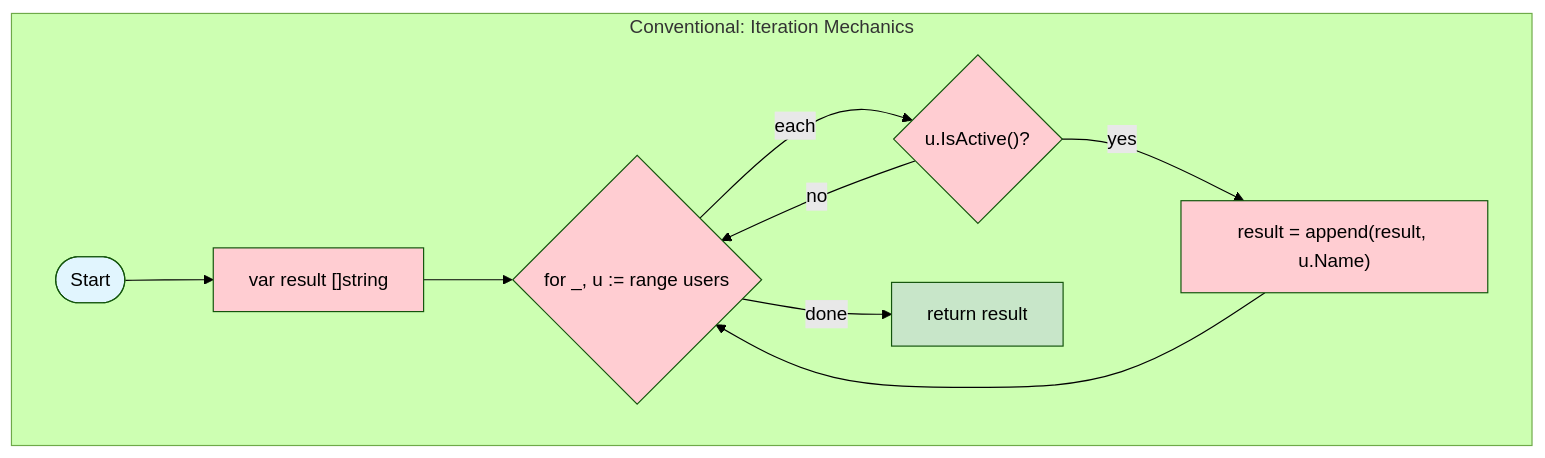
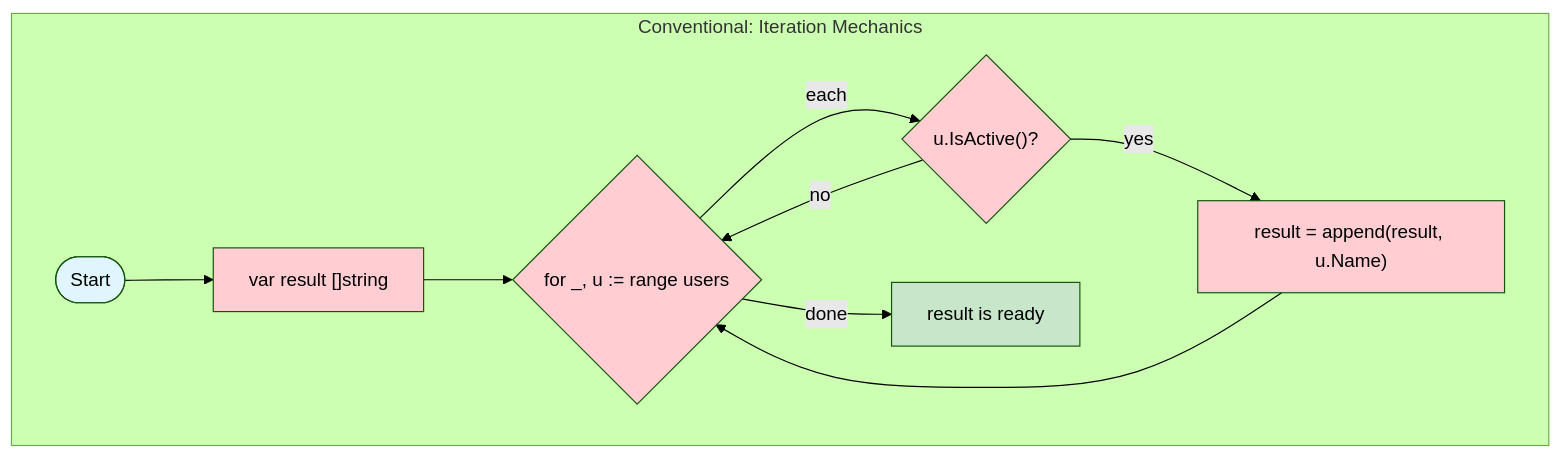
One commit to binaryphile/fluentfp changed the second of 4 diagrams in analysis.md. Above: the diagram before and after it, drawn with Mermaid (forest theme). The commit also changed other lines of this file, not shown here.

````diff
--- a/analysis.md
+++ b/analysis.md
@@ -21,19 +21,19 @@
 ```mermaid
 flowchart TD
     subgraph Conventional["Conventional: Iteration Mechanics"]
         S([Start]) --> I["var result []string"]
         I --> L{"for _, u := range users"}
         L -->|each| C{"u.IsActive()?"}
         C -->|yes| AP["result = append(result, u.Name)"]
         C -->|no| L
         AP --> L
-        L -->|done| R["return result"]
+        L -->|done| R["result is ready"]
     end
 
     style S fill:#e1f5fe
     style R fill:#c8e6c9
     style I fill:#ffcdd2
     style L fill:#ffcdd2
     style C fill:#ffcdd2
     style AP fill:#ffcdd2
 ```
````
